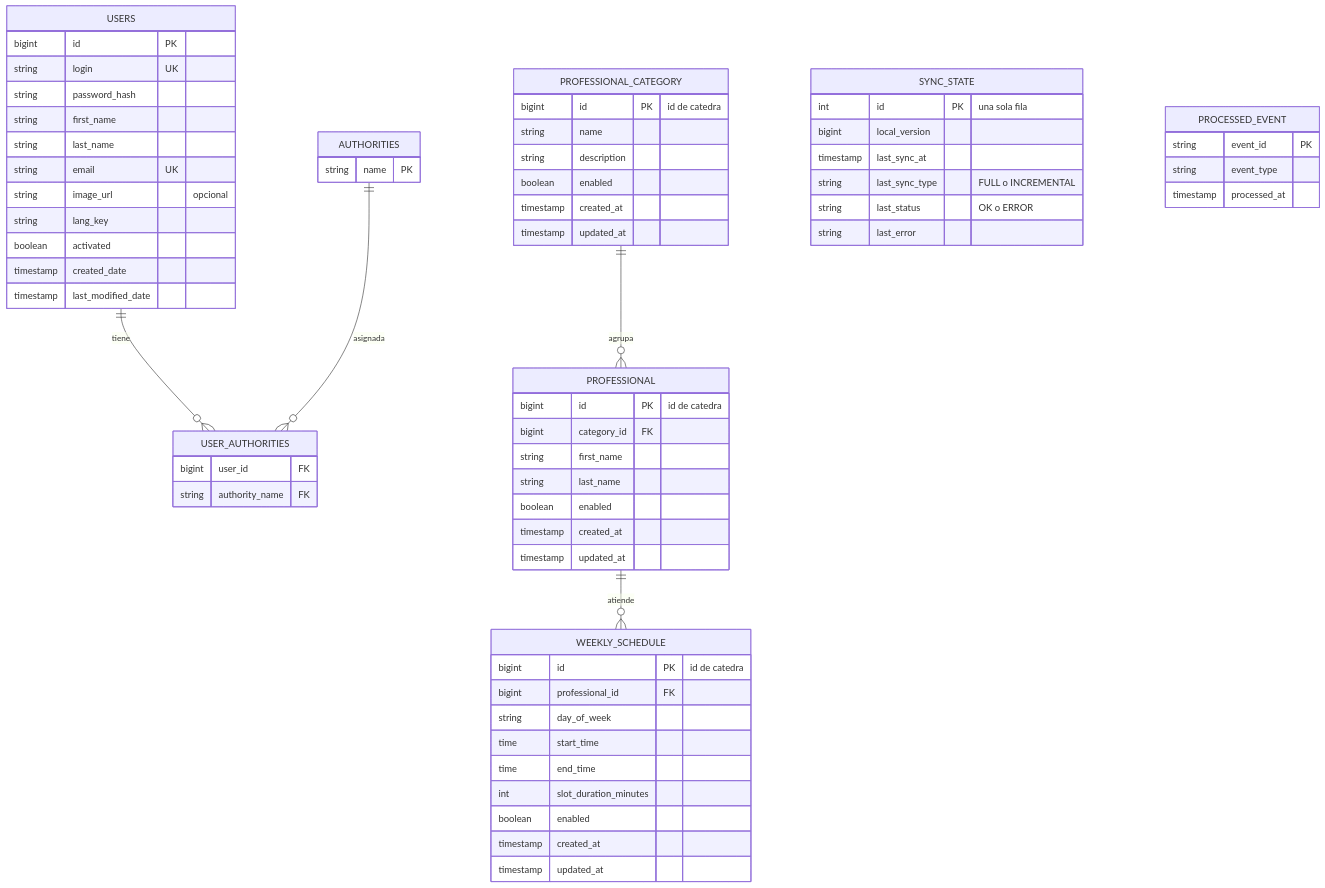
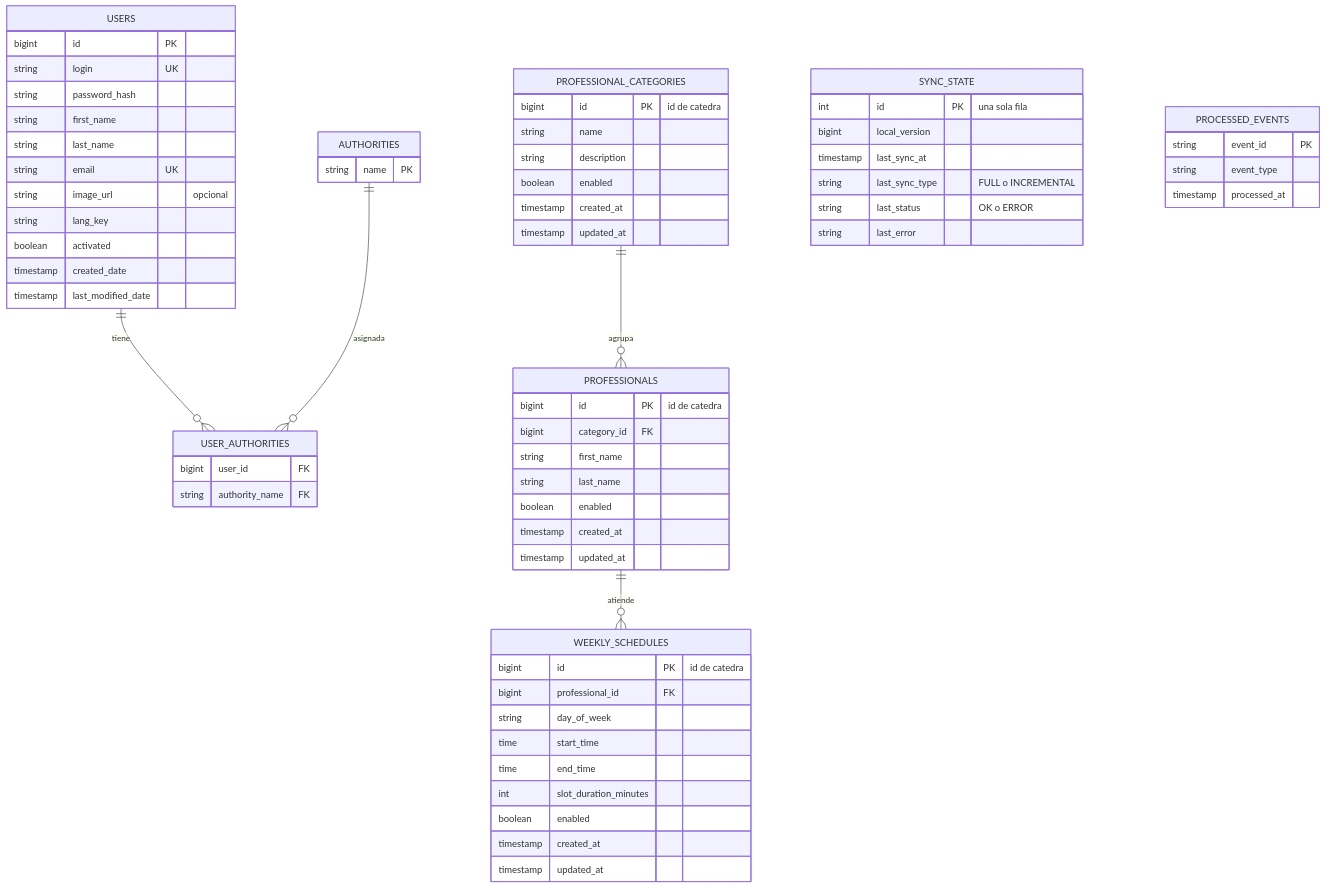
One commit to Prog2-fzapata/Documentacion changed the first of 3 diagrams in diagramas/05-modelo-de-datos.md. Above: the diagram before and after it, drawn with Mermaid. The commit also changed other lines of this file and 2 other files, not shown here.

Commit message:
docs: registra el esquema del catálogo, @Transactional y diagrama 05 (D56, D57)
Registra D56 (migración V2 de catálogo: solo migraciones, fila inicial de
sync_state, claves foráneas normales) y actualiza el diagrama 05: las tablas
de catálogo pasan a plural, con nota sobre la fila inicial de sync_state.
Registra D57, que resuelve la pregunta A17: @Transactional va sobre el caso
de uso, solo cuando escribe en más de un repositorio o necesita atomicidad,
y se agrega a la skill hexagonal. Las tablas de turnos se nombrarán en plural
en TUR-04.

````diff
--- a/diagramas/05-modelo-de-datos.md
+++ b/diagramas/05-modelo-de-datos.md
@@ -7,69 +7,69 @@
 ```mermaid
 erDiagram
     USERS ||--o{ USER_AUTHORITIES : tiene
     AUTHORITIES ||--o{ USER_AUTHORITIES : asignada
-    PROFESSIONAL_CATEGORY ||--o{ PROFESSIONAL : agrupa
-    PROFESSIONAL ||--o{ WEEKLY_SCHEDULE : atiende
+    PROFESSIONAL_CATEGORIES ||--o{ PROFESSIONALS : agrupa
+    PROFESSIONALS ||--o{ WEEKLY_SCHEDULES : atiende
 
     USERS {
         bigint id PK
         string login UK
         string password_hash
         string first_name
         string last_name
         string email UK
         string image_url "opcional"
         string lang_key
         boolean activated
         timestamp created_date
         timestamp last_modified_date
     }
     AUTHORITIES {
         string name PK
     }
     USER_AUTHORITIES {
         bigint user_id FK
         string authority_name FK
     }
-    PROFESSIONAL_CATEGORY {
+    PROFESSIONAL_CATEGORIES {
         bigint id PK "id de catedra"
         string name
         string description
         boolean enabled
         timestamp created_at
         timestamp updated_at
     }
-    PROFESSIONAL {
+    PROFESSIONALS {
         bigint id PK "id de catedra"
         bigint category_id FK
         string first_name
         string last_name
         boolean enabled
         timestamp created_at
         timestamp updated_at
     }
-    WEEKLY_SCHEDULE {
+    WEEKLY_SCHEDULES {
         bigint id PK "id de catedra"
         bigint professional_id FK
         string day_of_week
         time start_time
         time end_time
         int slot_duration_minutes
         boolean enabled
         timestamp created_at
         timestamp updated_at
     }
     SYNC_STATE {
         int id PK "una sola fila"
         bigint local_version
         timestamp last_sync_at
         string last_sync_type "FULL o INCREMENTAL"
         string last_status "OK o ERROR"
         string last_error
     }
-    PROCESSED_EVENT {
+    PROCESSED_EVENTS {
         string event_id PK
         string event_type
         timestamp processed_at
     }
 ```
````
